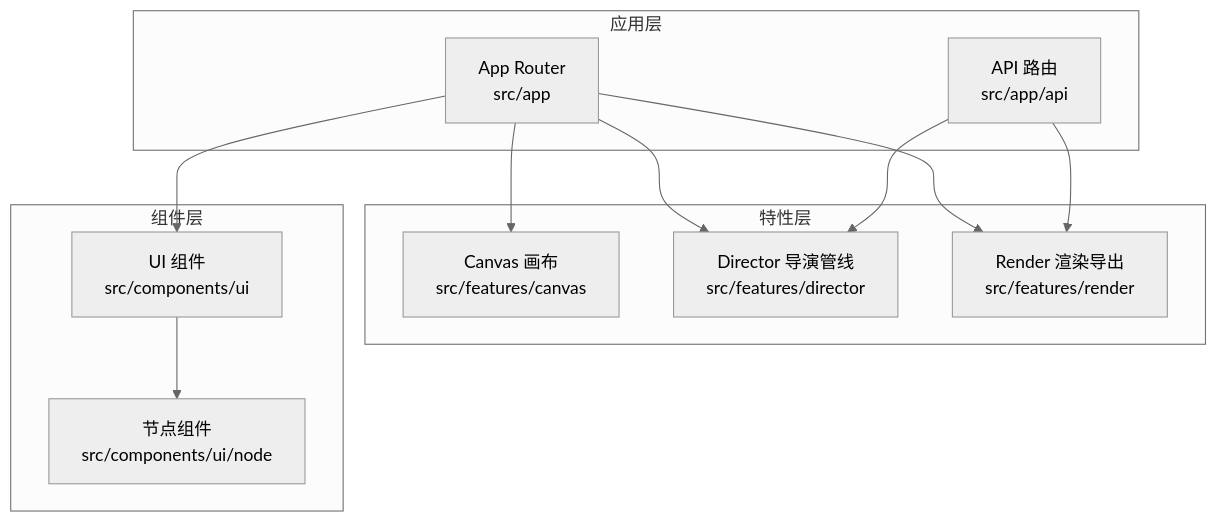
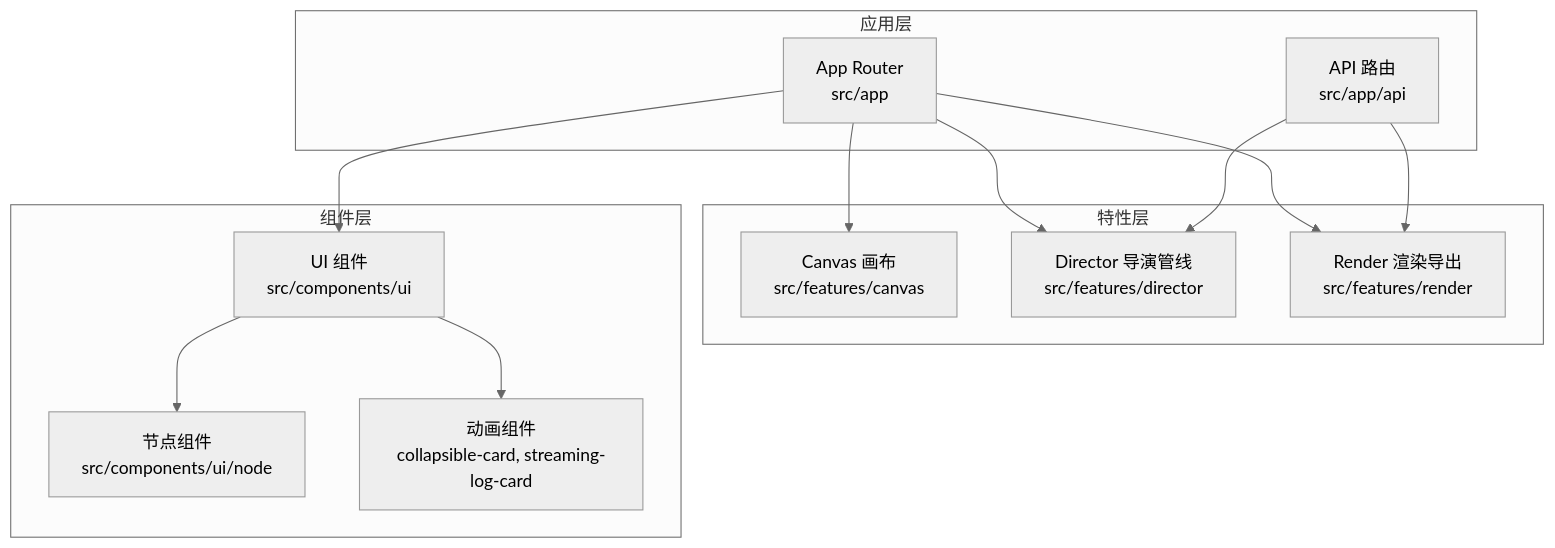
The first of 10 diagrams in .qoder/repowiki/zh/content/UI 组件库/运动设计系统.md (AIMFllyYS/code-video-canvas), drawn with Mermaid (neutral theme) before and after one commit. The commit also changed other lines of this file and 47 other files, not shown here.

````diff
--- a/.qoder/repowiki/zh/content/UI 组件库/运动设计系统.md
+++ b/.qoder/repowiki/zh/content/UI 组件库/运动设计系统.md
@@ -85,23 +98,25 @@
 ```mermaid
 graph TB
 subgraph "应用层"
 A["App Router<br/>src/app"]
 B["API 路由<br/>src/app/api"]
 end
 subgraph "特性层"
 C["Canvas 画布<br/>src/features/canvas"]
 D["Director 导演管线<br/>src/features/director"]
 E["Render 渲染导出<br/>src/features/render"]
 end
 subgraph "组件层"
 F["UI 组件<br/>src/components/ui"]
 G["节点组件<br/>src/components/ui/node"]
+H["动画组件<br/>collapsible-card, streaming-log-card"]
 end
 A --> C
 A --> D
 A --> E
 A --> F
 F --> G
+F --> H
 B --> D
 B --> E
 ```
````
